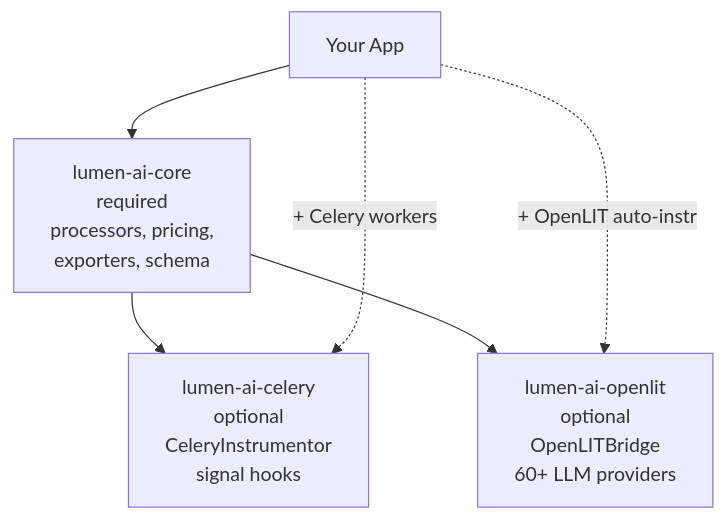
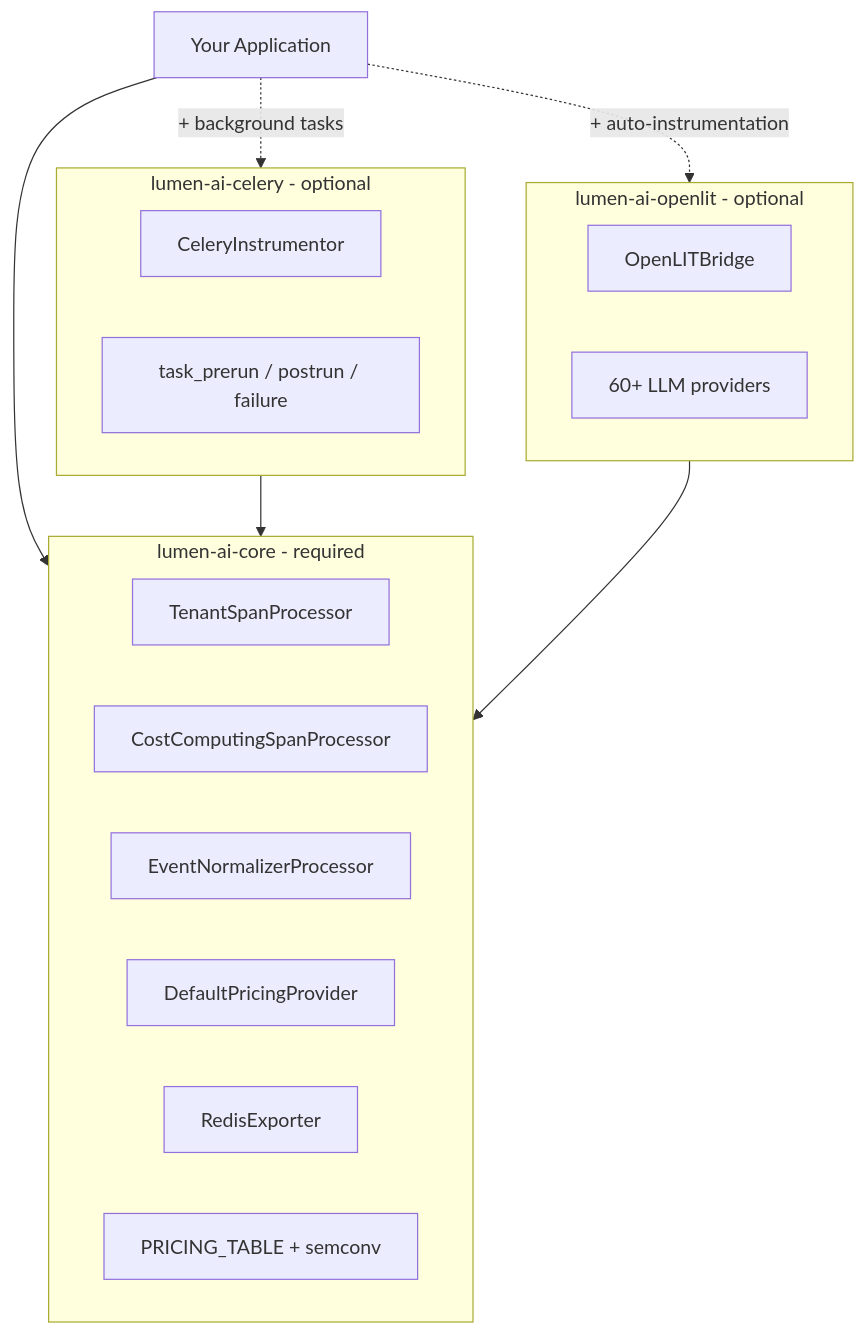
Before and after one commit to skarL007/-lumen-ai-sdk: the fifth of 5 diagrams in packages/lumen-ai-celery/README.md, drawn with Mermaid. The commit also changed other lines of this file and 3 other files, not shown here.

Commit message:
docs: update README — PyPI live, technical diagrams, fix outdated sections

````diff
--- a/packages/lumen-ai-celery/README.md
+++ b/packages/lumen-ai-celery/README.md
@@ -168,24 +216,29 @@
 ```mermaid
 graph TD
-    Core["lumen-ai-core
-    required
-    processors, pricing,
-    exporters, schema"]
+    APP["Your Application"]
 
-    Celery["lumen-ai-celery
-    optional
-    CeleryInstrumentor
-    signal hooks"]
+    subgraph CORE["lumen-ai-core - required"]
+        P1["TenantSpanProcessor"]
+        P2["CostComputingSpanProcessor"]
+        P3["EventNormalizerProcessor"]
+        PR["DefaultPricingProvider"]
+        EX["RedisExporter"]
+        SC["PRICING_TABLE + semconv"]
+    end
 
-    OpenLIT["lumen-ai-openlit
-    optional
-    OpenLITBridge
-    60+ LLM providers"]
+    subgraph CEL["lumen-ai-celery - optional"]
+        CI["CeleryInstrumentor"]
+        SIG["task_prerun / postrun / failure"]
+    end
 
-    Core --> Celery
-    Core --> OpenLIT
+    subgraph OL["lumen-ai-openlit - optional"]
+        OB["OpenLITBridge"]
+        AUTO["60+ LLM providers"]
+    end
 
-    App["Your App"] --> Core
-    App -.->|"+ Celery workers"| Celery
-    App -.->|"+ OpenLIT auto-instr"| OpenLIT
+    APP --> CORE
+    APP -.->|"+ background tasks"| CEL
+    APP -.->|"+ auto-instrumentation"| OL
+    CEL --> CORE
+    OL --> CORE
 ```
````
